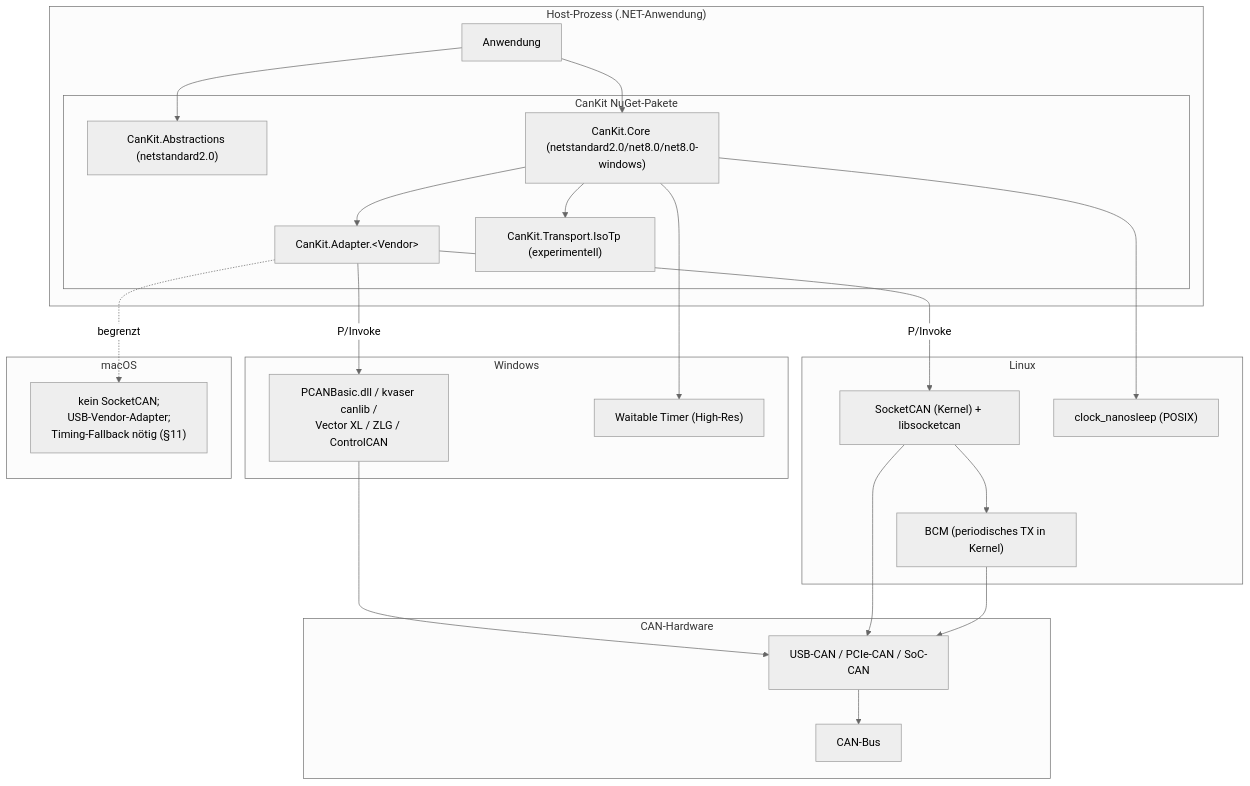
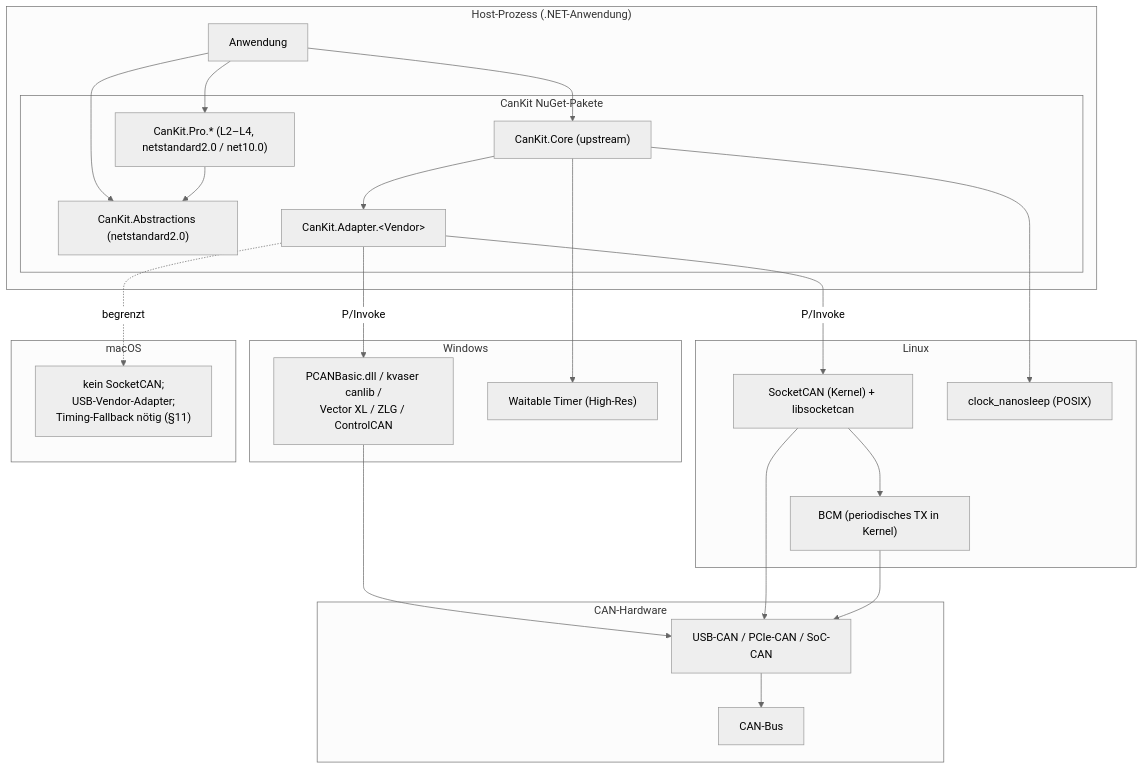
One commit to dborgards/CanKit.Pro changed diagram 14 of 19 in docs/architecture/arc42-CanKit.Pro.md. Above: the diagram before and after it, drawn with Mermaid (neutral theme). The commit also changed other lines of this file and 1 other file, not shown here.

First line of the commit message:
docs: sync arc42 and SRS with the tree (net10.0, ISO-TP shipped, default branch main)

````diff
--- a/docs/architecture/arc42-CanKit.Pro.md
+++ b/docs/architecture/arc42-CanKit.Pro.md
@@ -773,45 +780,46 @@
 ```mermaid
 flowchart TB
     subgraph HostProc["Host-Prozess (.NET-Anwendung)"]
         AppDll["Anwendung"]
         subgraph Nuget["CanKit NuGet-Pakete"]
             Abstr["CanKit.Abstractions (netstandard2.0)"]
-            Core["CanKit.Core (netstandard2.0/net8.0/net8.0-windows)"]
+            Core["CanKit.Core (upstream)"]
             AdapterDll["CanKit.Adapter.&lt;Vendor&gt;"]
-            IsoTpDll["CanKit.Transport.IsoTp (experimentell)"]
+            ProDll["CanKit.Pro.* (L2–L4, netstandard2.0 / net10.0)"]
         end
     end
 
     subgraph Win["Windows"]
         WinDrv["PCANBasic.dll / kvaser canlib /<br/>Vector XL / ZLG / ControlCAN"]
         WinTimer["Waitable Timer (High-Res)"]
     end
     subgraph Linux["Linux"]
         SockDrv["SocketCAN (Kernel) + libsocketcan"]
         Bcm["BCM (periodisches TX in Kernel)"]
         PosixTimer["clock_nanosleep (POSIX)"]
     end
     subgraph Mac["macOS"]
         MacNote["kein SocketCAN;<br/>USB-Vendor-Adapter;<br/>Timing-Fallback nötig (§11)"]
     end
 
     subgraph HWlayer["CAN-Hardware"]
         UsbIf["USB-CAN / PCIe-CAN / SoC-CAN"]
         CanBus2["CAN-Bus"]
     end
 
     AppDll --> Abstr
     AppDll --> Core
     Core --> AdapterDll
-    Core --> IsoTpDll
+    AppDll --> ProDll
+    ProDll --> Abstr
     AdapterDll -->|"P/Invoke"| WinDrv
     AdapterDll -->|"P/Invoke"| SockDrv
     AdapterDll -.begrenzt.-> MacNote
     Core --> WinTimer
     Core --> PosixTimer
     SockDrv --> Bcm
     WinDrv --> UsbIf
     SockDrv --> UsbIf
     Bcm --> UsbIf
     UsbIf --> CanBus2
 ```
````
